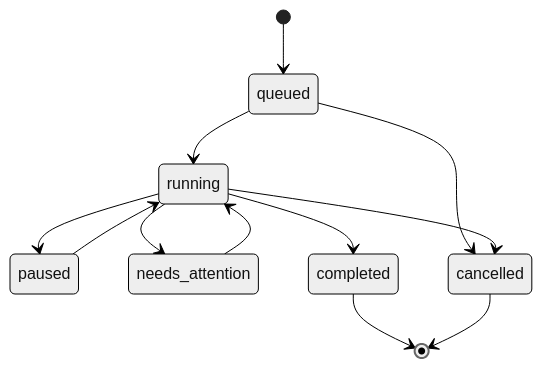
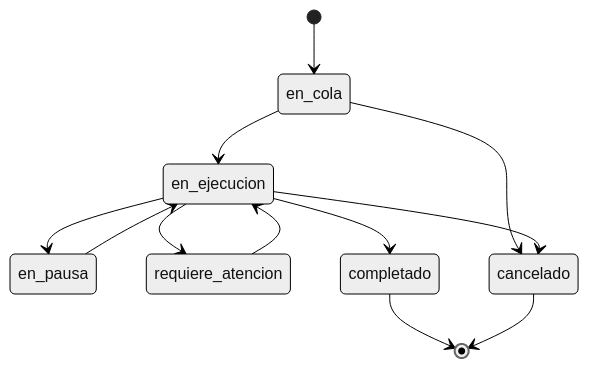
The third of 4 diagrams in ARCHITECTURE.md (antoniojesusdelgado/drivetransfer), drawn with Mermaid (neutral theme) before and after one commit. The commit also changed other lines of this file and 12 other files, not shown here.

````diff
--- a/ARCHITECTURE.md
+++ b/ARCHITECTURE.md
@@ -74,14 +75,14 @@
 ```mermaid
 stateDiagram-v2
-  [*] --> queued
-  queued --> running
-  running --> paused
-  paused --> running
-  running --> needs_attention
-  needs_attention --> running
-  running --> completed
-  queued --> cancelled
-  running --> cancelled
-  completed --> [*]
-  cancelled --> [*]
+  [*] --> en_cola
+  en_cola --> en_ejecucion
+  en_ejecucion --> en_pausa
+  en_pausa --> en_ejecucion
+  en_ejecucion --> requiere_atencion
+  requiere_atencion --> en_ejecucion
+  en_ejecucion --> completado
+  en_cola --> cancelado
+  en_ejecucion --> cancelado
+  completado --> [*]
+  cancelado --> [*]
 ```
````
